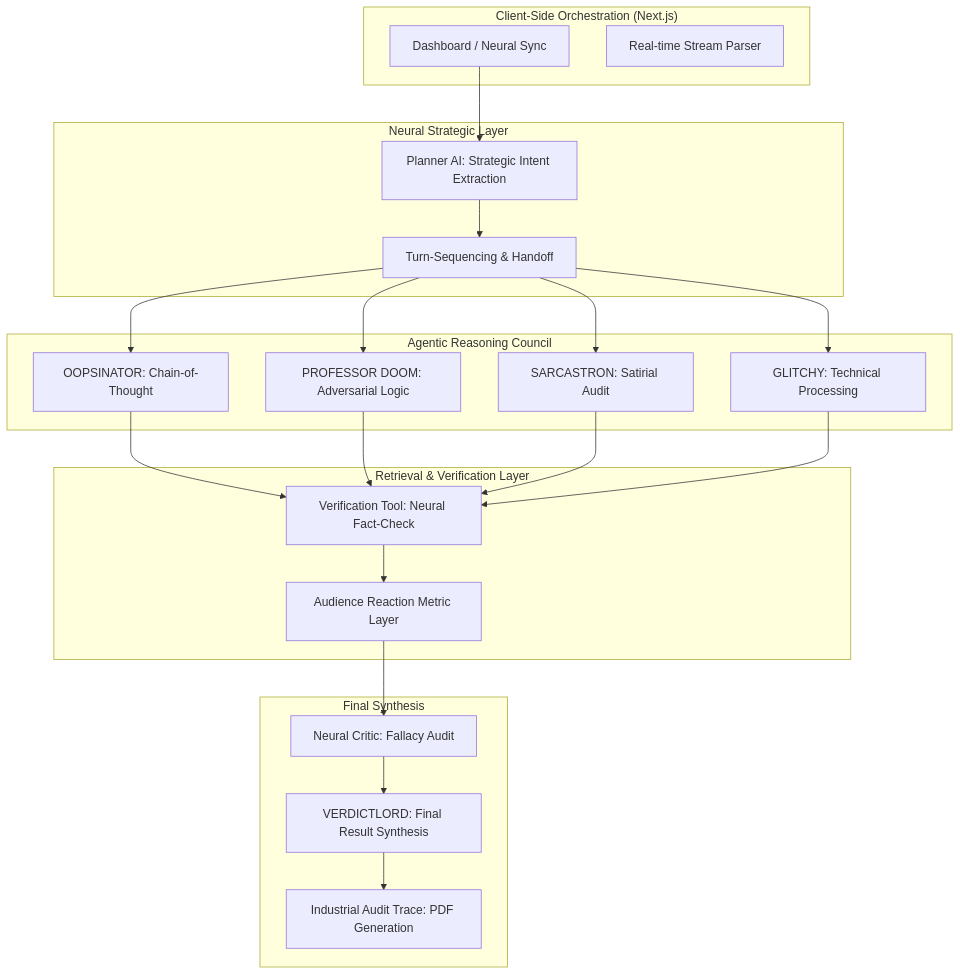
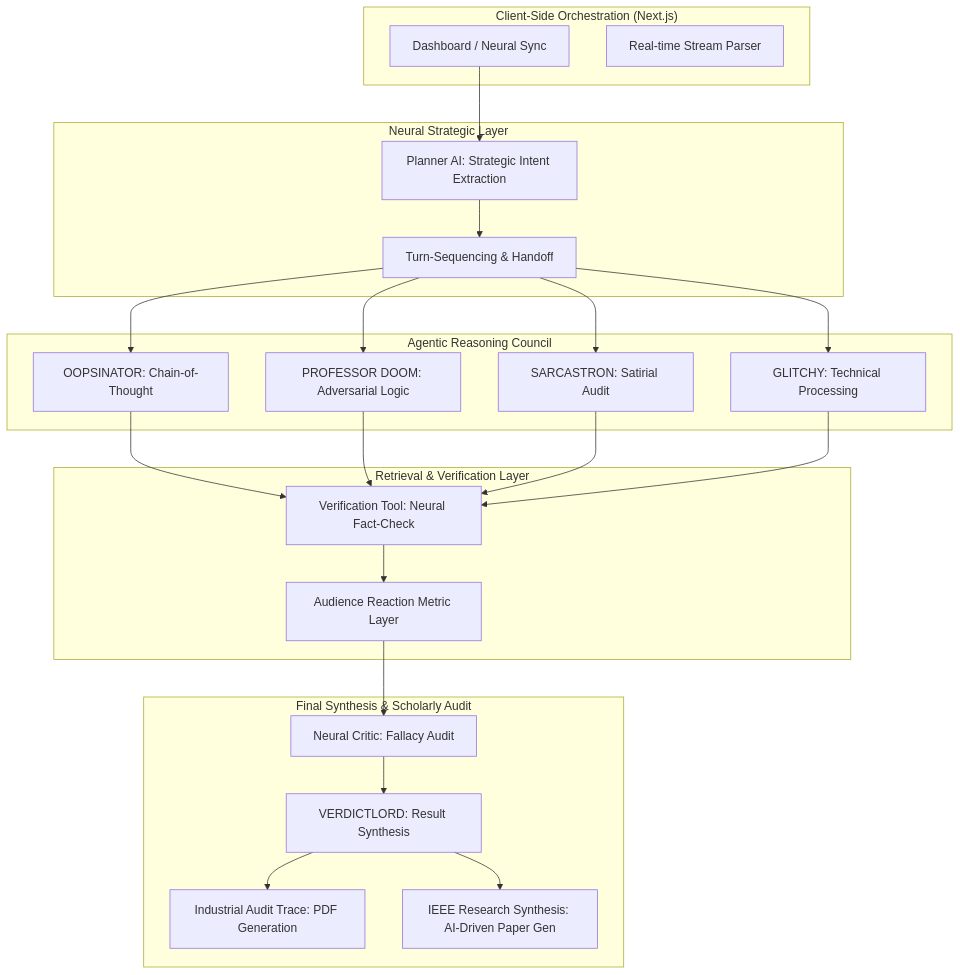
The first of 2 diagrams in README.md (srishtit067/debate-arena), drawn with Mermaid before and after one commit. The commit also changed other lines of this file, not shown here.

Commit message:
docs: v12.5 MASTER SYNC - IEEE Research Synthesis and Scholarly Audit Flow

````diff
--- a/README.md
+++ b/README.md
@@ -21,39 +21,41 @@
 ```mermaid
 graph TD
     subgraph UI ["Client-Side Orchestration (Next.js)"]
         A[Dashboard / Neural Sync]
         B[Real-time Stream Parser]
     end
     
     subgraph Orchestration ["Neural Strategic Layer"]
         C[Planner AI: Strategic Intent Extraction]
         D[Turn-Sequencing & Handoff]
     end
     
     subgraph Execution ["Agentic Reasoning Council"]
         E[OOPSINATOR: Chain-of-Thought]
         F[PROFESSOR DOOM: Adversarial Logic]
         G[SARCASTRON: Satirial Audit]
         H[GLITCHY: Technical Processing]
     end
     
     subgraph Tools ["Retrieval & Verification Layer"]
         I[Verification Tool: Neural Fact-Check]
         J[Audience Reaction Metric Layer]
     end
     
-    subgraph Analytics ["Final Synthesis"]
+    subgraph Analytics ["Final Synthesis & Scholarly Audit"]
         K[Neural Critic: Fallacy Audit]
-        L[VERDICTLORD: Final Result Synthesis]
+        L[VERDICTLORD: Result Synthesis]
         M[Industrial Audit Trace: PDF Generation]
+        N[IEEE Research Synthesis: AI-Driven Paper Gen]
     end
 
     A --> C
     C --> D
     D --> E & F & G & H
     E & F & G & H --> I
     I --> J
     J --> K
     K --> L
     L --> M
+    L --> N
 ```
````
